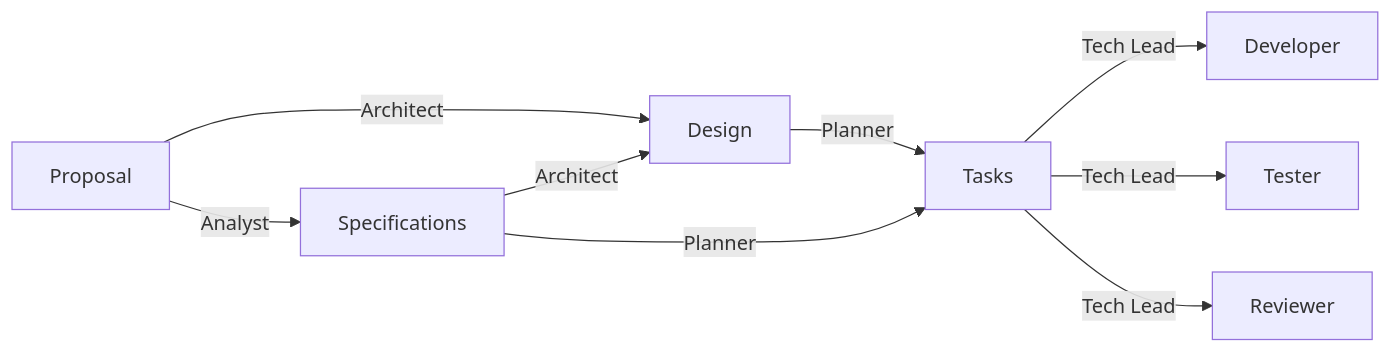
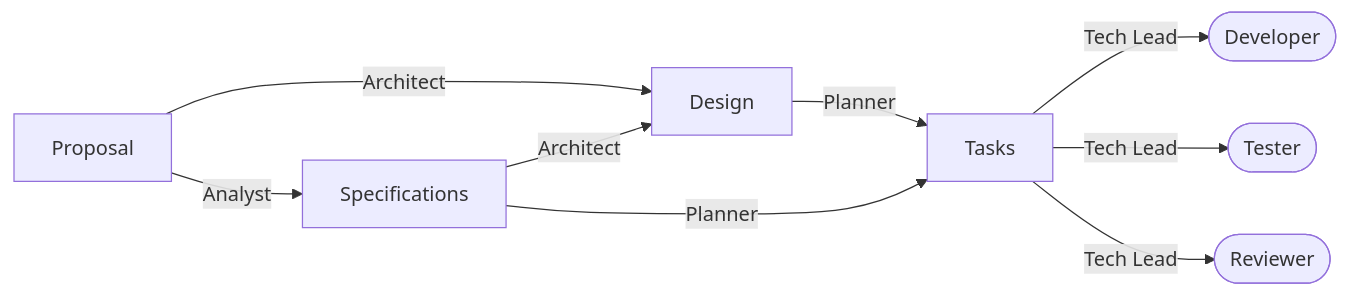
Before and after one commit to aadityabhatia/bhatia.dev: the second of 2 diagrams in talks/agentic-software-engineering.qmd, drawn with Mermaid. The commit also changed other lines of this file, not shown here.

````diff
--- a/talks/agentic-software-engineering.qmd
+++ b/talks/agentic-software-engineering.qmd
@@ -211,12 +224,12 @@
 ```{mermaid}
 %%| fig-height: 3
 flowchart LR
     Proposal --Architect --> Design
     Proposal --Analyst --> Specifications
     Specifications --Architect --> Design
     Specifications --Planner --> Tasks
     Design --Planner --> Tasks
-    Tasks --Tech Lead--> Developer
-    Tasks --Tech Lead--> Tester
-    Tasks --Tech Lead--> Reviewer
+    Tasks --Tech Lead--> Developer([Developer])
+    Tasks --Tech Lead--> Tester([Tester])
+    Tasks --Tech Lead--> Reviewer([Reviewer])
 ```
````
